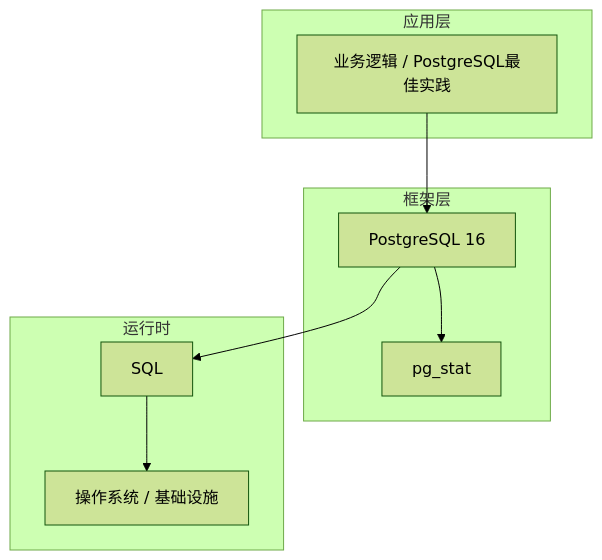
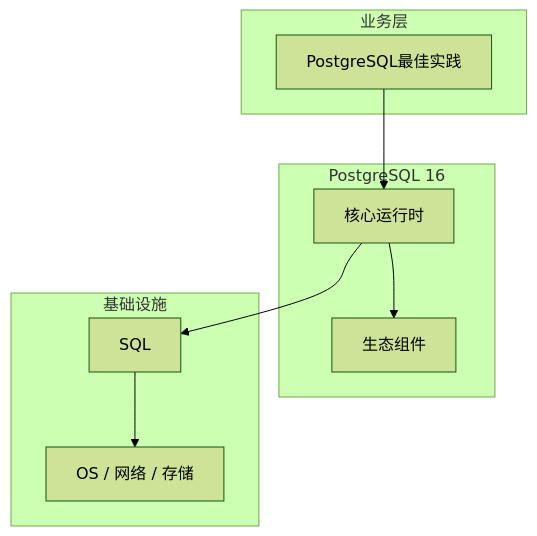
The diagram in articles/PostgreSQL/chapters/096-PostgreSQL最佳实践核心概念与原理.md (yanggan2015/knowledge-json-v2), drawn with Mermaid (forest theme) before and after one commit. The commit also changed other lines of this file and 10127 other files, not shown here.

````diff
--- a/articles/PostgreSQL/chapters/096-PostgreSQL最佳实践核心概念与原理.md
+++ b/articles/PostgreSQL/chapters/096-PostgreSQL最佳实践核心概念与原理.md
@@ -45,18 +34,18 @@
 ```mermaid
 graph TB
-    subgraph 应用层
-        A[业务逻辑 / PostgreSQL最佳实践]
+    subgraph 业务层
+        A[PostgreSQL最佳实践]
     end
-    subgraph 框架层
-        B[PostgreSQL 16]
-        C[pg_stat]
+    subgraph PostgreSQL 16
+        B[核心运行时]
+        C[生态组件]
     end
-    subgraph 运行时
+    subgraph 基础设施
         D[SQL]
-        E[操作系统 / 基础设施]
+        E[OS / 网络 / 存储]
     end
     A --> B
     B --> C
     B --> D
     D --> E
 ```
````
